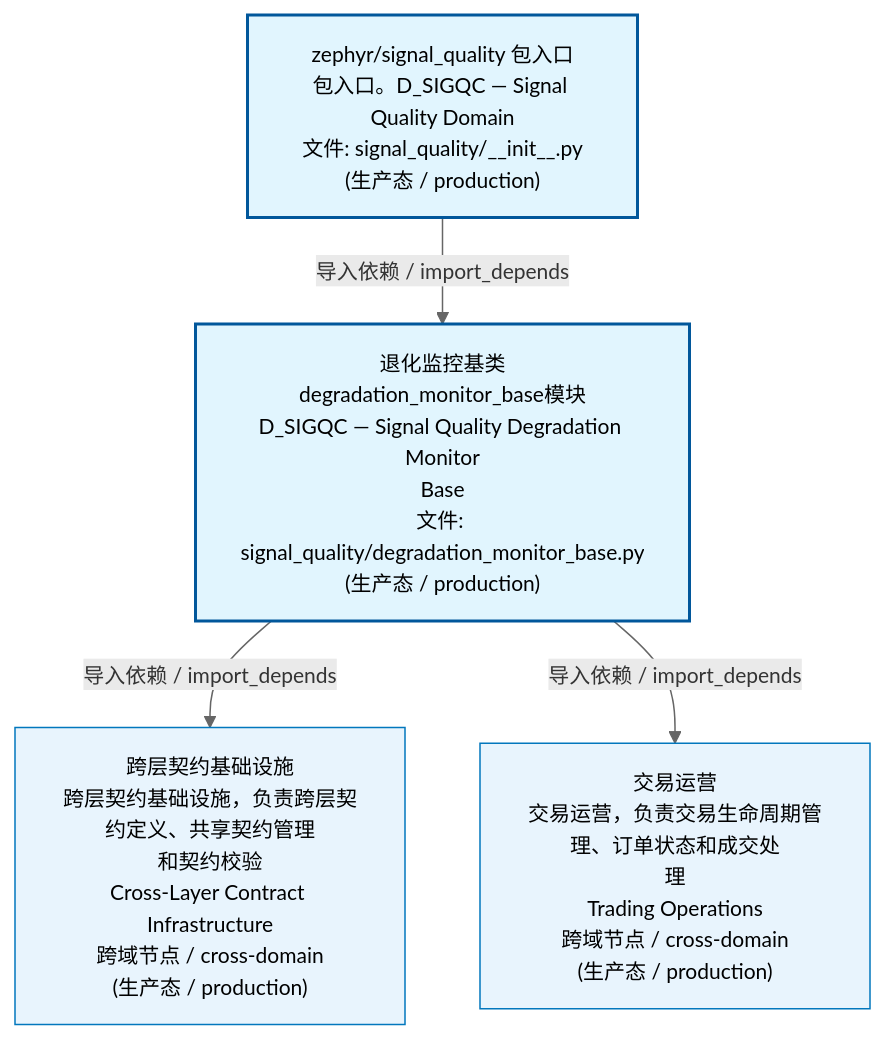
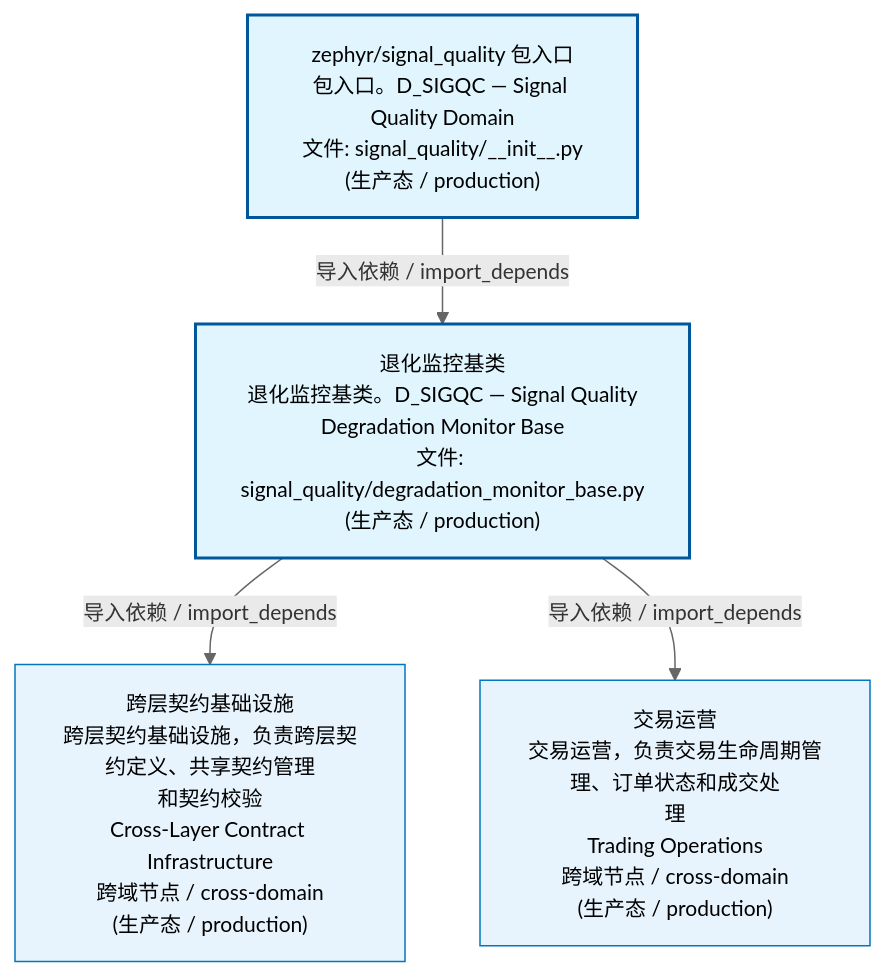
The first of 3 diagrams in docs/02_enterprise_architecture/02_domain_architecture_docs/69_d_sigqc.md (xuanFelixVan/ZephyrAlpha), drawn with Mermaid before and after one commit. The commit also changed other lines of this file and 58 other files, not shown here.

````diff
--- a/docs/02_enterprise_architecture/02_domain_architecture_docs/69_d_sigqc.md
+++ b/docs/02_enterprise_architecture/02_domain_architecture_docs/69_d_sigqc.md
@@ -53,17 +53,17 @@
 ```mermaid
 %%{init: {'theme': 'base', 'themeVariables': {'primaryColor': '#eaeaea', 'primaryTextColor': '#333333', 'primaryBorderColor': '#666666', 'lineColor': '#666666', 'secondaryColor': '#eaeaea', 'tertiaryColor': '#eaeaea', 'fontSize': '14px'}}}%%
 flowchart TD
     src_zephyr_signal_quality_init_py["zephyr/signal_quality 包入口<br/>包入口。D_SIGQC — Signal Quality Domain<br/>文件: signal_quality/__init__.py<br/>(生产态 / production)"]
-    src_zephyr_signal_quality_degradation_monitor_base_py["退化监控基类<br/>degradation_monitor_base模块<br/>D_SIGQC — Signal Quality Degradation Monitor<br/>Base<br/>文件: signal_quality/degradation_monitor_base.py<br/>(生产态 / production)"]
+    src_zephyr_signal_quality_degradation_monitor_base_py["退化监控基类<br/>退化监控基类。D_SIGQC — Signal Quality<br/>Degradation Monitor Base<br/>文件: signal_quality/degradation_monitor_base.py<br/>(生产态 / production)"]
     src_zephyr_signal_quality_init_py -->|导入依赖 / import_depends| src_zephyr_signal_quality_degradation_monitor_base_py
     D_INFRASTRUCTURE["跨层契约基础设施<br/>跨层契约基础设施，负责跨层契约定义、共享契约管理<br/>和契约校验<br/>Cross-Layer Contract Infrastructure<br/>跨域节点 / cross-domain<br/>(生产态 / production)"]
     src_zephyr_signal_quality_degradation_monitor_base_py -->|导入依赖 / import_depends| D_INFRASTRUCTURE
     D_TRADING["交易运营<br/>交易运营，负责交易生命周期管理、订单状态和成交处<br/>理<br/>Trading Operations<br/>跨域节点 / cross-domain<br/>(生产态 / production)"]
     src_zephyr_signal_quality_degradation_monitor_base_py -->|导入依赖 / import_depends| D_TRADING
     classDef production fill:#e1f5fe,stroke:#01579b,stroke-width:2px,color:#000
     classDef design fill:#fff3e0,stroke:#e65100,stroke-width:2px,color:#000,stroke-dasharray: 5 5
     classDef external_prod fill:#e8f4fd,stroke:#0277bd,stroke-width:1px,color:#000
     classDef external_design fill:#fff8e7,stroke:#ef6c00,stroke-width:1px,color:#000,stroke-dasharray: 5 5
     class src_zephyr_signal_quality_init_py,src_zephyr_signal_quality_degradation_monitor_base_py production
     class D_INFRASTRUCTURE,D_TRADING external_prod
 ```
````
